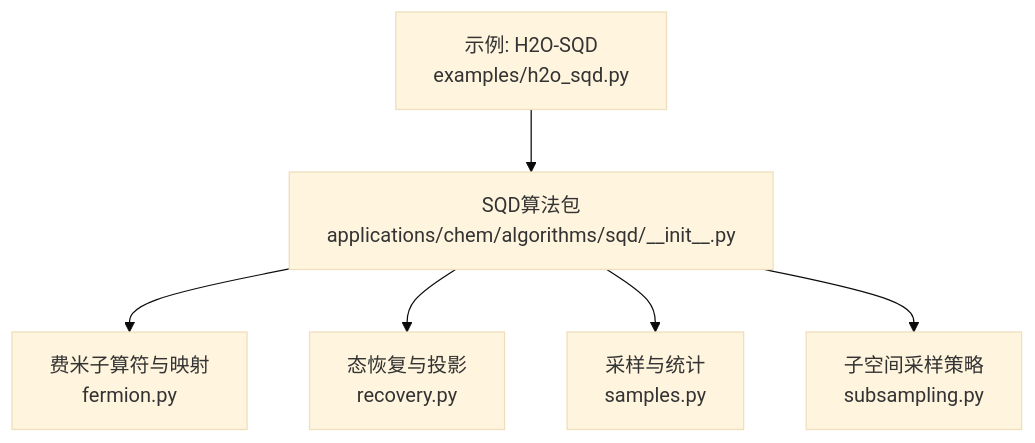
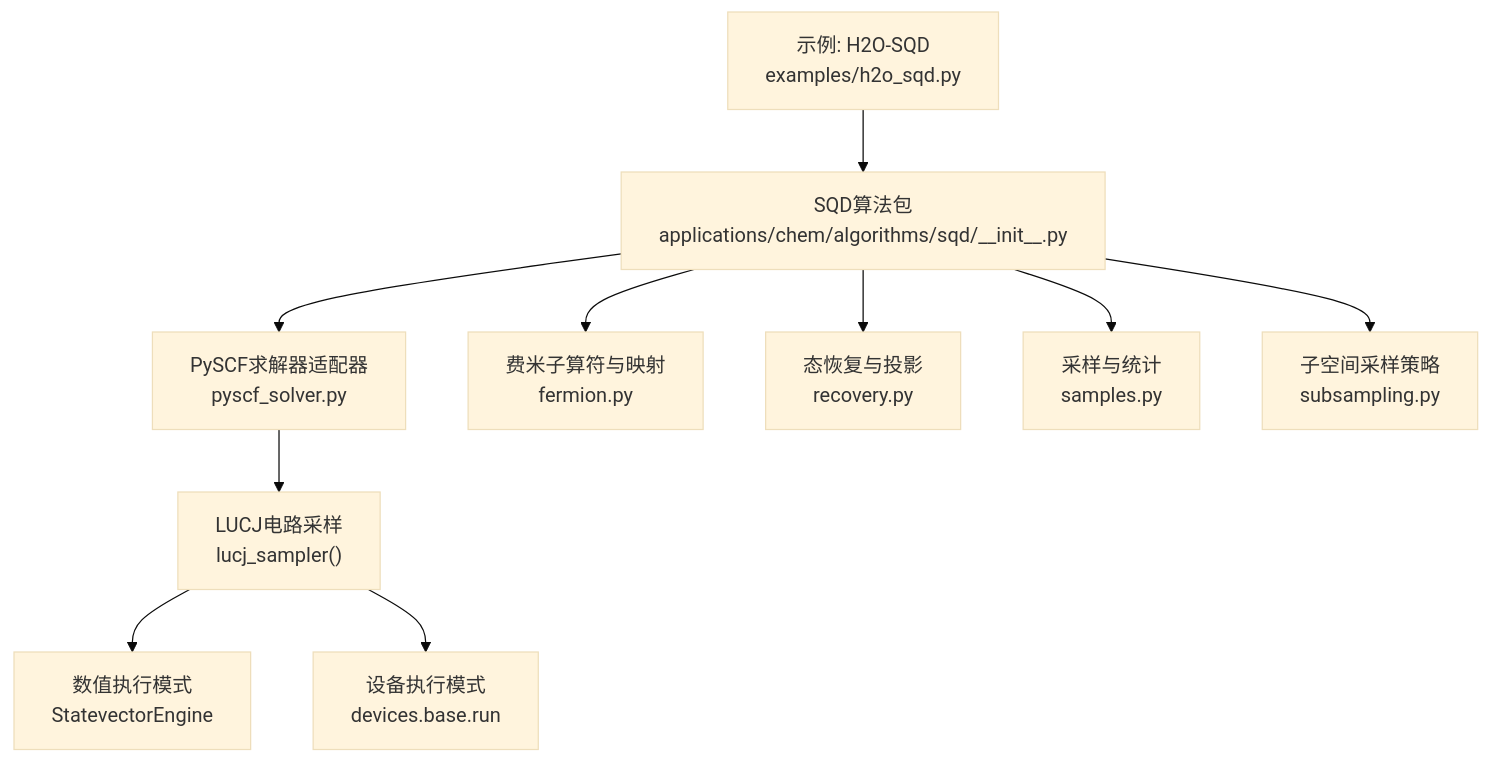
Before and after one commit to QureGenAI-Biotech/TyxonQ: the first of 3 diagrams in .qoder/repowiki/zh/content/量子化学应用/量子化学算法/LUCJ SQD算法.md, drawn with Mermaid (base theme). The commit also changed other lines of this file and 9 other files, not shown here.

````diff
--- a/.qoder/repowiki/zh/content/量子化学应用/量子化学算法/LUCJ SQD算法.md
+++ b/.qoder/repowiki/zh/content/量子化学应用/量子化学算法/LUCJ SQD算法.md
@@ -34,8 +45,12 @@
 ```mermaid
 graph TB
 A["示例: H2O-SQD<br/>examples/h2o_sqd.py"] --> B["SQD算法包<br/>applications/chem/algorithms/sqd/__init__.py"]
-B --> C["费米子算符与映射<br/>fermion.py"]
-B --> D["态恢复与投影<br/>recovery.py"]
-B --> E["采样与统计<br/>samples.py"]
-B --> F["子空间采样策略<br/>subsampling.py"]
+B --> C["PySCF求解器适配器<br/>pyscf_solver.py"]
+B --> D["费米子算符与映射<br/>fermion.py"]
+B --> E["态恢复与投影<br/>recovery.py"]
+B --> F["采样与统计<br/>samples.py"]
+B --> G["子空间采样策略<br/>subsampling.py"]
+C --> H["LUCJ电路采样<br/>lucj_sampler()"]
+H --> I["数值执行模式<br/>StatevectorEngine"]
+H --> J["设备执行模式<br/>devices.base.run"]
 ```
````
